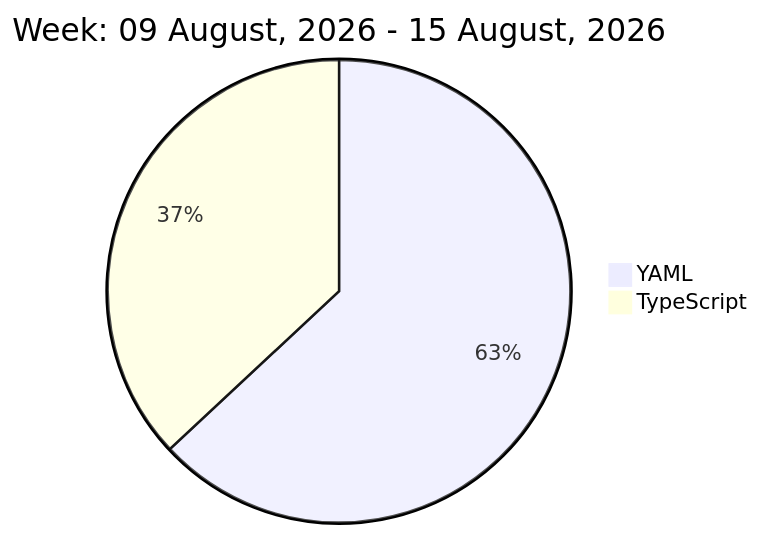
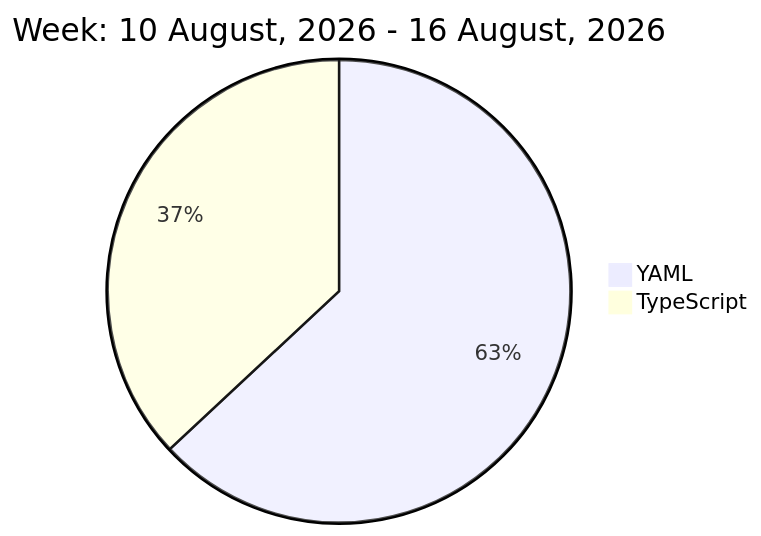
Before and after one commit to liubin95/liubin95: the diagram in README.md, drawn with Mermaid.

Commit message:
Updated the Graph with new Metrics

````diff
--- a/README.md
+++ b/README.md
@@ -32,6 +32,6 @@
 ```mermaid
  pie
-title Week: 09 August, 2026 - 15 August, 2026
+title Week: 10 August, 2026 - 16 August, 2026
  "YAML" : 3.55
  "TypeScript" : 2.08
 ```
````
